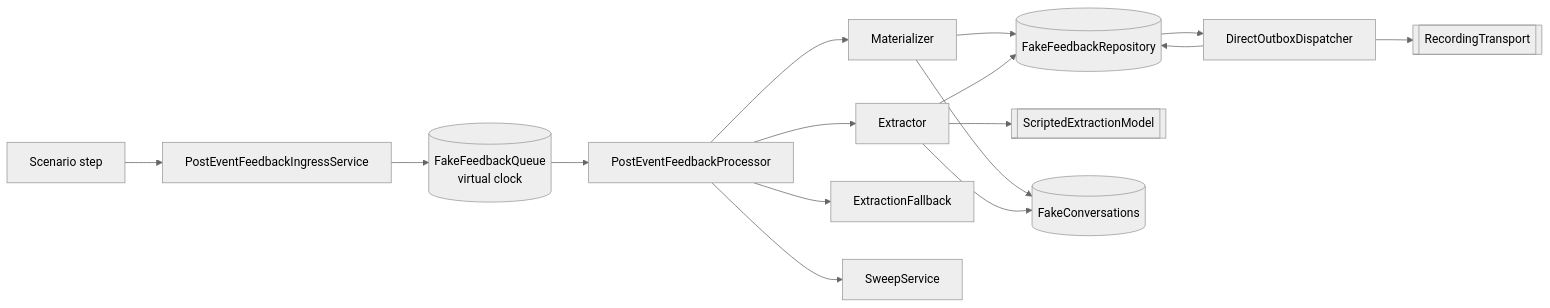
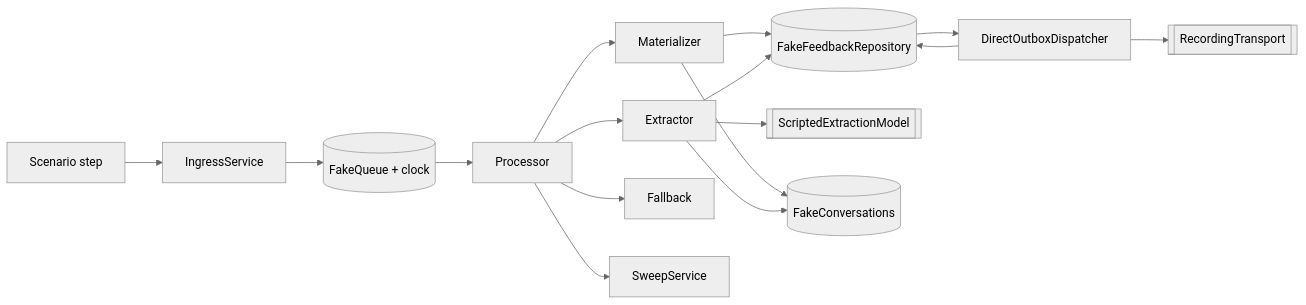
Before and after one commit to johnakisk0700/slopform: the diagram in docs/backend/modules/post-event-feedback-scenarios.md, drawn with Mermaid (neutral theme). The commit also changed other lines of this file and 42 other files, not shown here.

````diff
--- a/docs/backend/modules/post-event-feedback-scenarios.md
+++ b/docs/backend/modules/post-event-feedback-scenarios.md
@@ -2014,18 +813,18 @@
 ```mermaid
 flowchart LR
-  step[Scenario step] --> ing[PostEventFeedbackIngressService]
-  ing --> q[(FakeFeedbackQueue<br/>virtual clock)]
-  q --> proc[PostEventFeedbackProcessor]
+  step[Scenario step] --> ing[IngressService]
+  ing --> q[(FakeQueue + clock)]
+  q --> proc[Processor]
   proc --> mat[Materializer]
   proc --> ext[Extractor]
-  proc --> fb[ExtractionFallback]
+  proc --> fb[Fallback]
   proc --> swp[SweepService]
   pg --> dispatch[DirectOutboxDispatcher]
   dispatch --> transport[[RecordingTransport]]
   ext --> model[[ScriptedExtractionModel]]
   mat --> mongo[(FakeConversations)]
   ext --> mongo
   mat --> pg[(FakeFeedbackRepository)]
   ext --> pg
   dispatch --> pg
 ```
````
